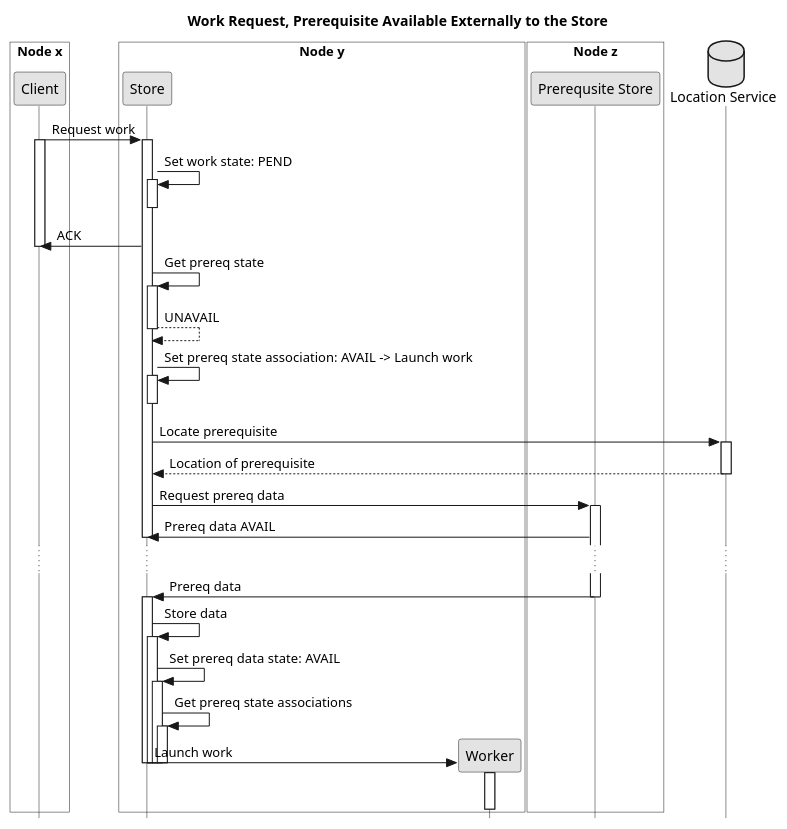
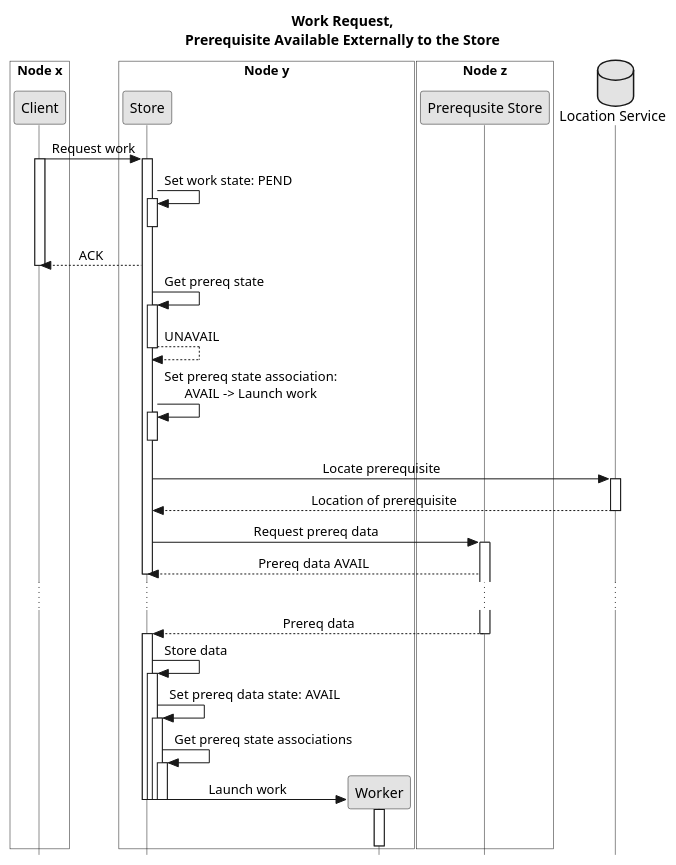
Before and after one commit to jcai849/phd: the diagram in img/comm-ra.puml, drawn with PlantUML. The commit also changed 3 other files, not shown here.

Commit message:
improve formatting of comm diagrams

```diff
--- a/img/comm-ra.puml
+++ b/img/comm-ra.puml
@@ -1,46 +1,47 @@
 @startuml
 skinparam monochrome true
 skinparam shadowing false
 skinparam style strictuml
 skinparam LifelineStrategy nosolid
-title Work Request, Prerequisite Available Externally to the Store
+skinparam sequenceMessageAlign center
+title Work Request,\nPrerequisite Available Externally to the Store
 
 box "Node x" #ffffff
 participant Client as client
 end box
 box "Node y" #ffffff
 participant Store as store
 participant Worker as worker
 end box
 box "Node z" #ffffff
 participant "Prerequsite Store" as pstore
 end box
 database "Location Service" as ls
 
 client -> store ++: Request work
 activate client
 store -> store ++--: Set work state: PEND
-store -> client: ACK
+store --> client: ACK
 deactivate client
 store -> store ++: Get prereq state
 return UNAVAIL
-store -> store ++--: Set prereq state association: AVAIL -> Launch work
+store -> store ++--: Set prereq state association:\nAVAIL -> Launch work
 store -> ls ++: Locate prerequisite
 return Location of prerequisite
 store -> pstore ++: Request prereq data
-pstore -> store: Prereq data AVAIL
+pstore --> store: Prereq data AVAIL
 deactivate store
 ...
-pstore -> store --: Prereq data
+pstore --> store --: Prereq data
 activate store
 store -> store ++: Store data
 store -> store ++: Set prereq data state: AVAIL
 store -> store ++: Get prereq state associations
 store -> worker **: Launch work
 deactivate store
 deactivate store
 deactivate store
 deactivate store
 activate worker
 |||
 @enduml
```
